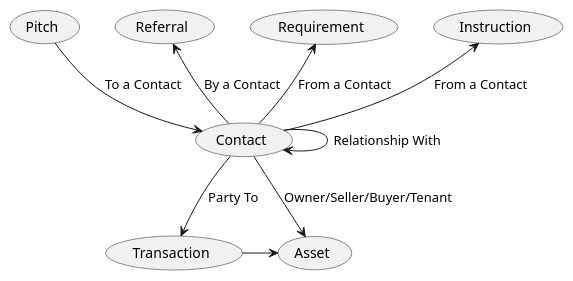
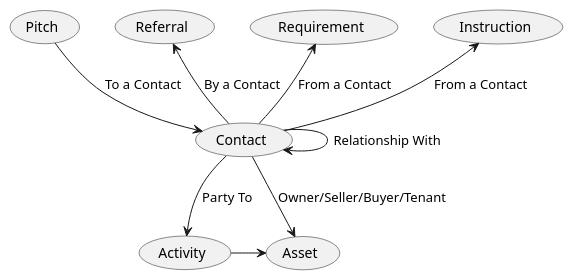
One commit to Kf-GaryNewport/Kf-GaryNewport.github.io changed the diagram in assets/RealEstate/Contact.puml. Above: the diagram before and after it, drawn with PlantUML. The commit also changed 1 other file, not shown here.

```diff
--- a/assets/RealEstate/Contact.puml
+++ b/assets/RealEstate/Contact.puml
@@ -1,15 +1,15 @@
 @startuml Contact
 
 (Contact) -> (Contact) : Relationship With
 
 (Pitch) --> (Contact) : To a Contact
 (Referral) <-- (Contact) : By a Contact
 (Requirement) <-- (Contact) : From a Contact
 (Instruction) <-- (Contact) : From a Contact
 
-(Contact) --> (Transaction) : Party To
+(Contact) --> (Activity) : Party To
 (Contact) --> (Asset) : Owner/Seller/Buyer/Tenant
 
-(Transaction) -> (Asset)
+(Activity) -> (Asset)
 
 @enduml
```
